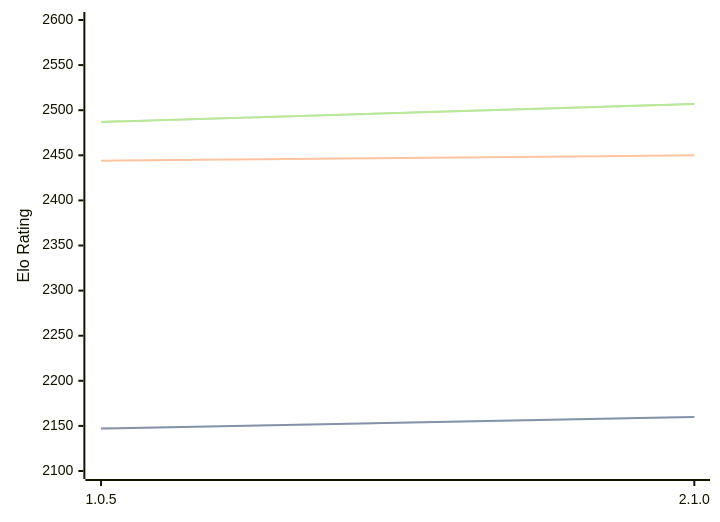
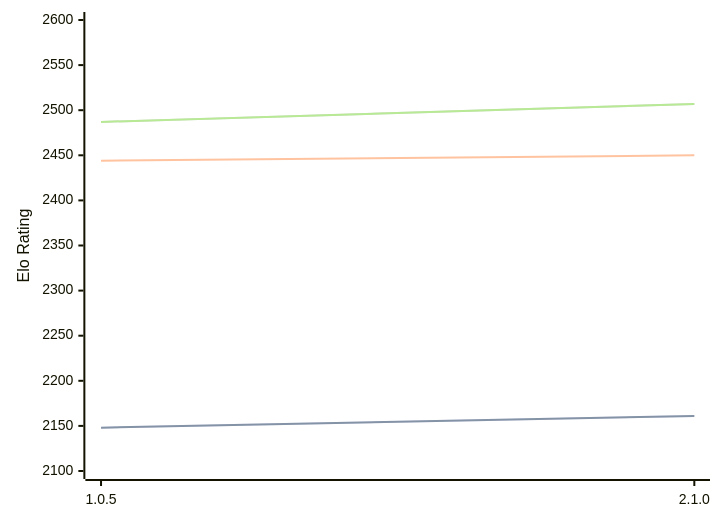
One commit to computer-chess-index/cci changed the diagram in engines/Ruffian.md. Above: the diagram before and after it, drawn with Mermaid. The commit also changed other lines of this file, not shown here.

````diff
--- a/engines/Ruffian.md
+++ b/engines/Ruffian.md
@@ -32,11 +32,11 @@
 ```mermaid
 %%{init: {"theme":"base","themeVariables":{"seriesColors:['#a3a3a3','#222221','#faa371']}}}%%
 xychart-beta
   x-axis ["1.0.5", "2.1.0"]
   y-axis "Elo Rating" 2100 --> 2600
-  line "" [2147, 2160]
-  line "STC (8.0+0.08s)" [2147, 2160]
+  line "" [2148, 2161]
+  line "STC (8.0+0.08s)" [2148, 2161]
   line "LTC (60.0+0.60s)" [2444, 2450]
   line "" [2487, 2507]
   line "VLTC (2m24s+1.12s)" [2487, 2507]
 ```
````
